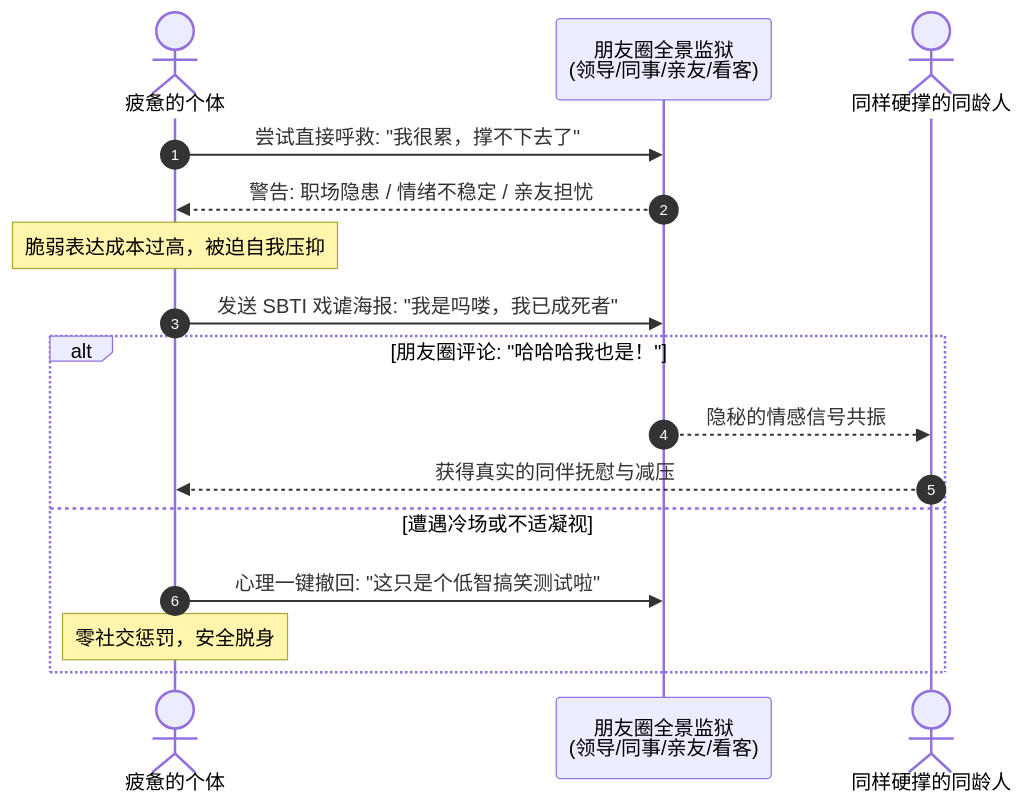
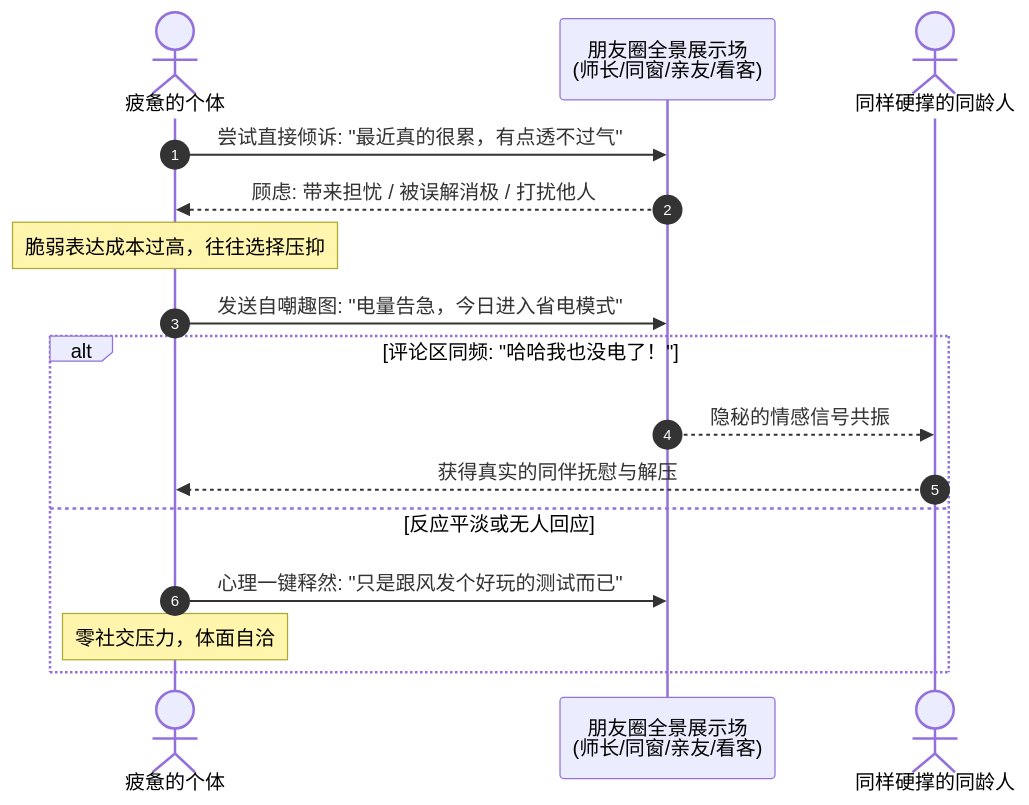
One commit to NJUPT-CS-StuDev/studev changed the third of 4 diagrams in src/content/life/essay-cyber-prison-sbti.md. Above: the diagram before and after it, drawn with Mermaid. The commit also changed other lines of this file and 7 other files, not shown here.

````diff
--- a/src/content/life/essay-cyber-prison-sbti.md
+++ b/src/content/life/essay-cyber-prison-sbti.md
@@ -130,20 +128,20 @@
 ```mermaid
 sequenceDiagram
     autonumber
     actor User as 疲惫的个体
-    participant Panopticon as 朋友圈全景监狱<br/>(领导/同事/亲友/看客)
+    participant Panopticon as 朋友圈全景展示场<br/>(师长/同窗/亲友/看客)
     actor Peer as 同样硬撑的同龄人
 
-    User->>Panopticon: 尝试直接呼救: "我很累，撑不下去了"
-    Panopticon-->>User: 警告: 职场隐患 / 情绪不稳定 / 亲友担忧
-    Note over User: 脆弱表达成本过高，被迫自我压抑
+    User->>Panopticon: 尝试直接倾诉: "最近真的很累，有点透不过气"
+    Panopticon-->>User: 顾虑: 带来担忧 / 被误解消极 / 打扰他人
+    Note over User: 脆弱表达成本过高，往往选择压抑
 
-    User->>Panopticon: 发送 SBTI 戏谑海报: "我是吗喽，我已成死者"
-    alt 朋友圈评论: "哈哈哈我也是！"
+    User->>Panopticon: 发送自嘲趣图: "电量告急，今日进入省电模式"
+    alt 评论区同频: "哈哈我也没电了！"
         Panopticon-->>Peer: 隐秘的情感信号共振
-        Peer-->>User: 获得真实的同伴抚慰与减压
-    else 遭遇冷场或不适凝视
-        User->>Panopticon: 心理一键撤回: "这只是个低智搞笑测试啦"
-        Note over User: 零社交惩罚，安全脱身
+        Peer-->>User: 获得真实的同伴抚慰与解压
+    else 反应平淡或无人回应
+        User->>Panopticon: 心理一键释然: "只是跟风发个好玩的测试而已"
+        Note over User: 零社交压力，体面自洽
     end
 ```
````
